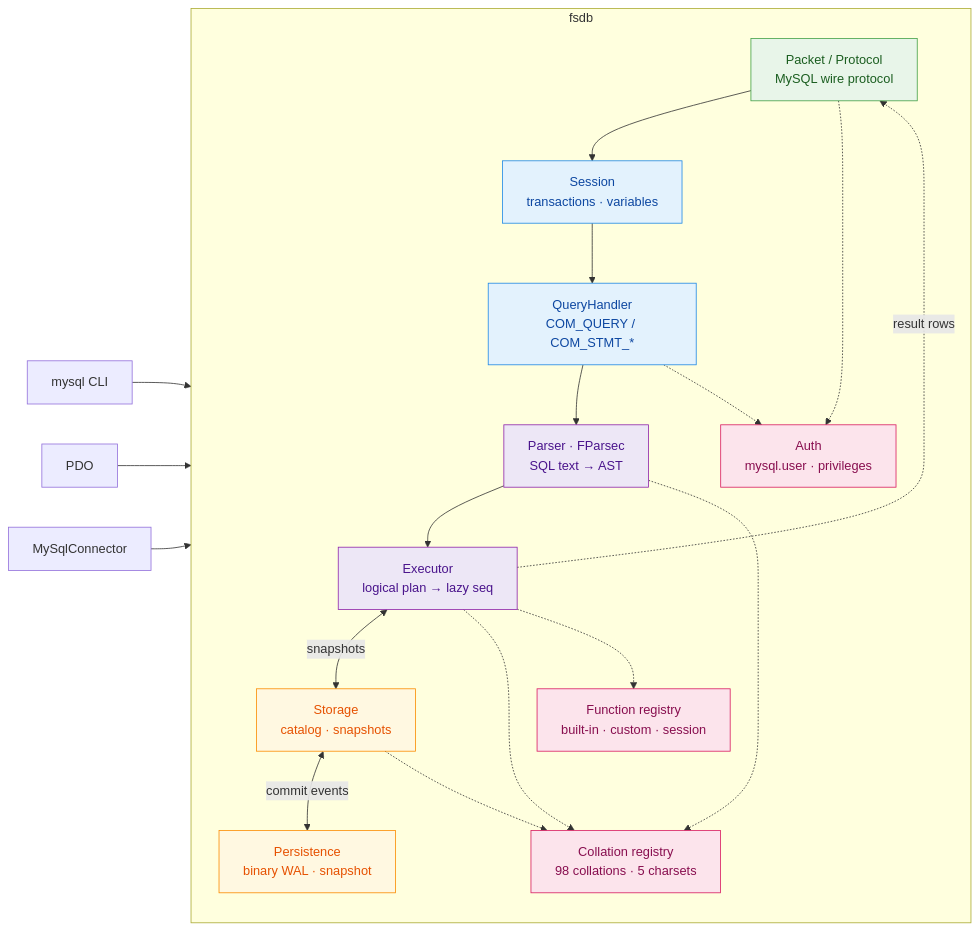
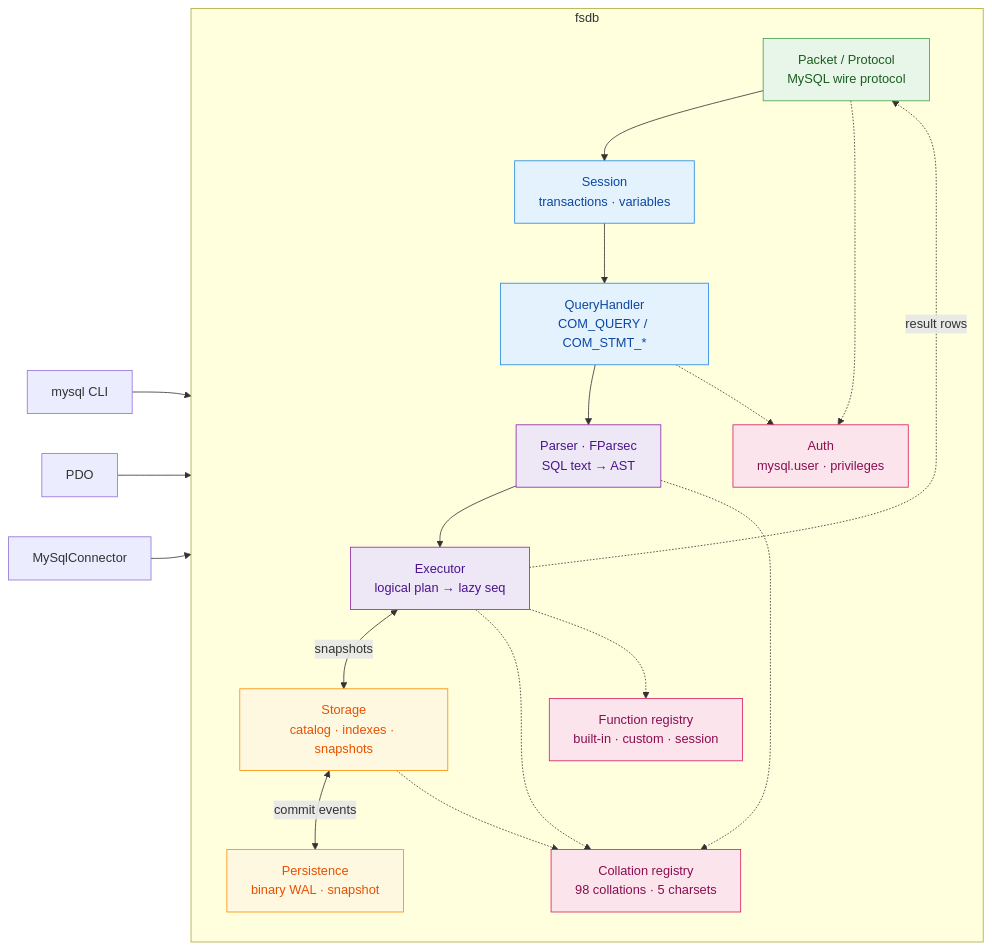
The diagram in README.md (HelgeSverre/fsdb), drawn with Mermaid before and after one commit. The commit also changed other lines of this file, not shown here.

````diff
--- a/README.md
+++ b/README.md
@@ -109,40 +119,40 @@
 ```mermaid
 flowchart LR
     CLI["mysql CLI"] --> WIRE
     PDO["PDO"] --> WIRE
     CON["MySqlConnector"] --> WIRE
 
     subgraph fsdb["fsdb"]
         direction TB
 
         WIRE["Packet / Protocol<br/>MySQL wire protocol"]:::wire
         SESS["Session<br/>transactions · variables"]:::session
         QH["QueryHandler<br/>COM_QUERY / COM_STMT_*"]:::session
         PARSE["Parser · FParsec<br/>SQL text → AST"]:::plan
         EXEC["Executor<br/>logical plan → lazy seq"]:::plan
-        STORE["Storage<br/>catalog · snapshots"]:::data
+        STORE["Storage<br/>catalog · indexes · snapshots"]:::data
         WAL["Persistence<br/>binary WAL · snapshot"]:::data
 
         WIRE --> SESS --> QH --> PARSE --> EXEC
         EXEC <-->|snapshots| STORE
         STORE <-->|commit events| WAL
         EXEC -.->|result rows| WIRE
 
         AUTH["Auth<br/>mysql.user · privileges"]:::side
         COL["Collation registry<br/>98 collations · 5 charsets"]:::side
         FN["Function registry<br/>built-in · custom · session"]:::side
 
         WIRE -.-> AUTH
         QH -.-> AUTH
         PARSE -.-> COL
         EXEC -.-> COL
         STORE -.-> COL
         EXEC -.-> FN
     end
 
     classDef wire fill:#e8f5e9,stroke:#43a047,color:#1b5e20
     classDef session fill:#e3f2fd,stroke:#1e88e5,color:#0d47a1
     classDef plan fill:#ede7f6,stroke:#8e24aa,color:#4a148c
     classDef data fill:#fff8e1,stroke:#fb8c00,color:#e65100
     classDef side fill:#fce4ec,stroke:#d81b60,color:#880e4f
 ```
````
